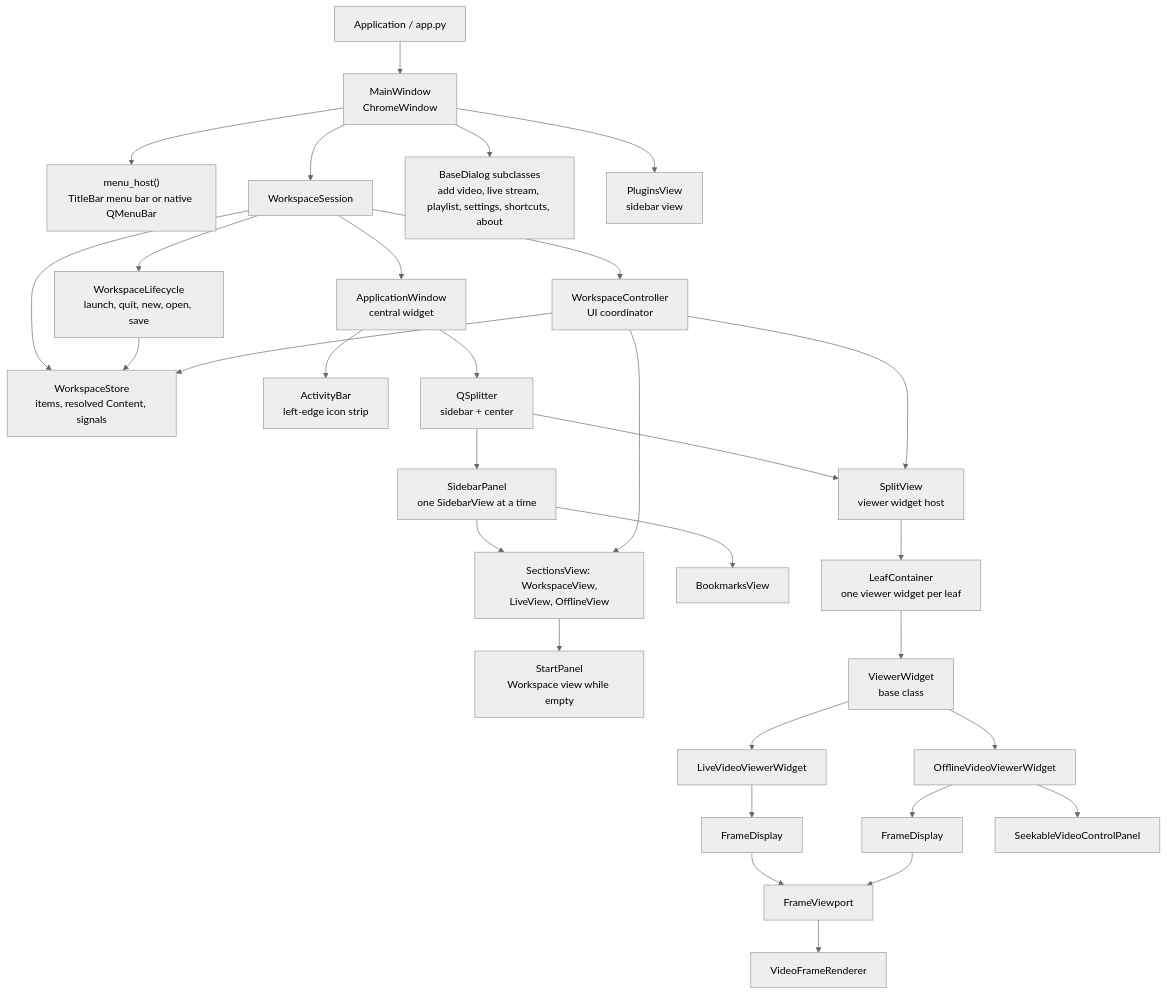
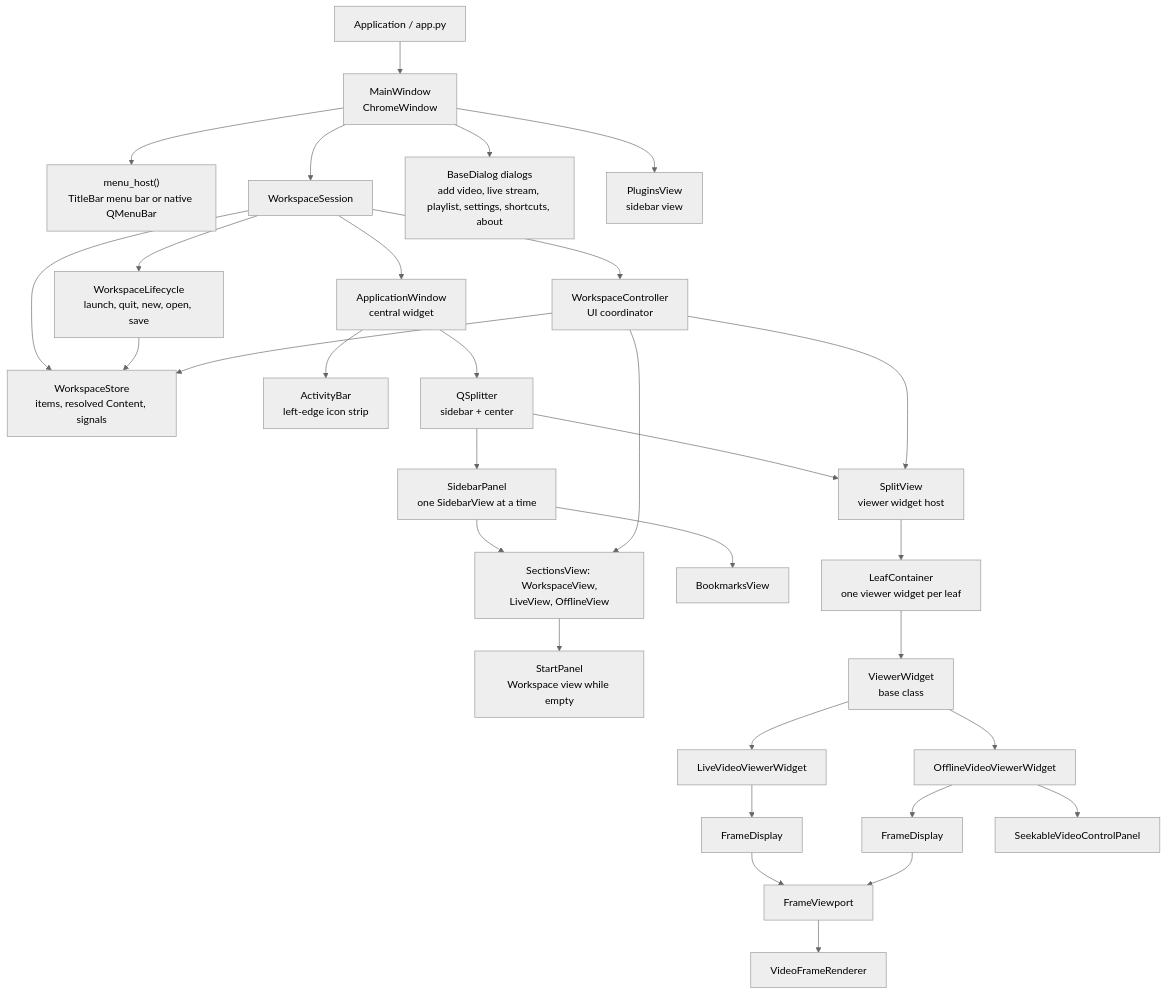
One commit to RasmusRynell/ax-devil changed the diagram in docs/architecture/ui-framework.md. Above: the diagram before and after it, drawn with Mermaid (neutral theme). The commit also changed 17 other files, not shown here.

````diff
--- a/docs/architecture/ui-framework.md
+++ b/docs/architecture/ui-framework.md
@@ -7,38 +7,38 @@
 ```mermaid
 flowchart TD
     App["Application / app.py"] --> MainWindow["MainWindow<br/>ChromeWindow"]
     MainWindow --> MenuHost["menu_host()<br/>TitleBar menu bar or native QMenuBar"]
     MainWindow --> WorkspaceSession["WorkspaceSession"]
-    MainWindow --> Dialogs["BaseDialog subclasses<br/>add video, live stream, playlist, settings, shortcuts, about"]
+    MainWindow --> Dialogs["BaseDialog dialogs<br/>add video, live stream, playlist, settings, shortcuts, about"]
     MainWindow --> PluginsView["PluginsView<br/>sidebar view"]
 
     WorkspaceSession --> WorkspaceStore["WorkspaceStore<br/>items, resolved Content, signals"]
     WorkspaceSession --> WorkspaceLifecycle["WorkspaceLifecycle<br/>launch, quit, new, open, save"]
     WorkspaceLifecycle --> WorkspaceStore
     WorkspaceSession --> ApplicationWindow["ApplicationWindow<br/>central widget"]
     WorkspaceSession --> WorkspaceController["WorkspaceController<br/>UI coordinator"]
 
     ApplicationWindow --> ActivityBar["ActivityBar<br/>left-edge icon strip"]
     ApplicationWindow --> HorizontalSplitter["QSplitter<br/>sidebar + center"]
     HorizontalSplitter --> SidebarPanel["SidebarPanel<br/>one SidebarView at a time"]
     SidebarPanel --> SectionsViews["SectionsView: WorkspaceView,<br/>LiveView, OfflineView"]
     SectionsViews --> StartPanel["StartPanel<br/>Workspace view while empty"]
     SidebarPanel --> BookmarksView
     HorizontalSplitter --> SplitView["SplitView<br/>viewer widget host"]
 
     WorkspaceController --> SplitView
     WorkspaceController --> WorkspaceStore
     WorkspaceController --> SectionsViews
 
     SplitView --> LeafContainer["LeafContainer<br/>one viewer widget per leaf"]
     LeafContainer --> ViewerWidget["ViewerWidget<br/>base class"]
     ViewerWidget --> LiveViewer["LiveVideoViewerWidget"]
     ViewerWidget --> OfflineViewer["OfflineVideoViewerWidget"]
 
     LiveViewer --> LiveDisplay["FrameDisplay"]
     OfflineViewer --> OfflineDisplay["FrameDisplay"]
     OfflineViewer --> SeekControls["SeekableVideoControlPanel"]
     LiveDisplay --> FrameViewport
     OfflineDisplay --> FrameViewport
     FrameViewport --> Renderer["VideoFrameRenderer"]
 ```
````
